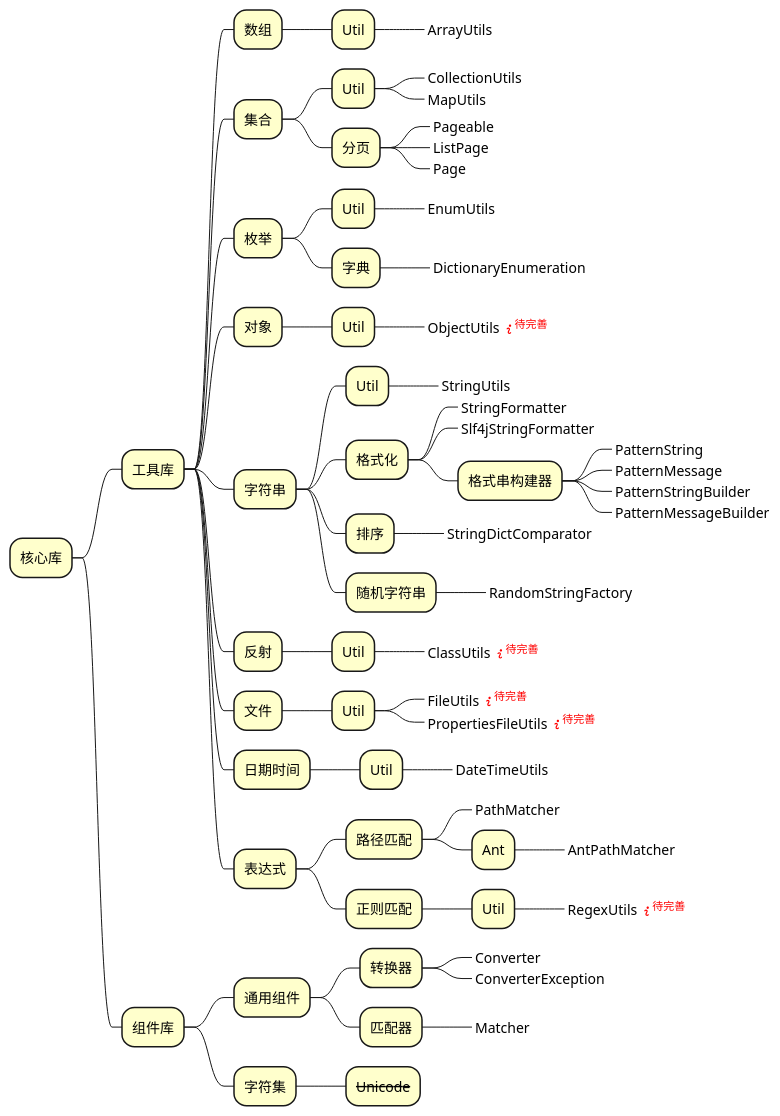
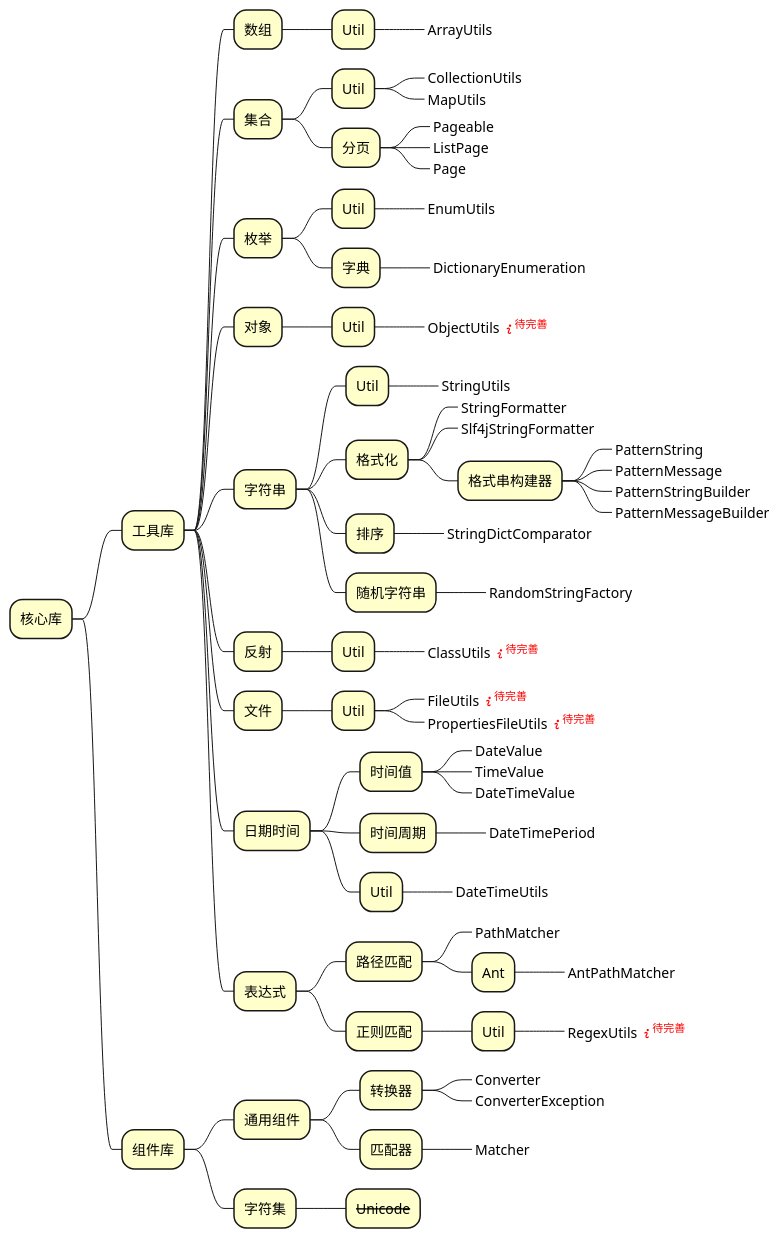
Before and after one commit to akudy/beehive-parent: the diagram in beehive-core/src/main/resources/design-thought/core-overview.puml, drawn with PlantUML. The commit also changed 100 other files, not shown here.

```diff
--- a/beehive-core/src/main/resources/design-thought/core-overview.puml
+++ b/beehive-core/src/main/resources/design-thought/core-overview.puml
@@ -1,86 +1,92 @@
 @startmindmap
 <style>
 mindmapDiagram {
     node {
         BackgroundColor #Business
     }
 }
 </style>
 * 核心库
 ** 工具库
 
 *** 数组
 **** Util
 *****_ ArrayUtils
 
 *** 集合
 **** Util
 *****_ CollectionUtils
 *****_ MapUtils
 **** 分页
 *****_ Pageable
 *****_ ListPage
 *****_ Page
 
 *** 枚举
 **** Util
 *****_ EnumUtils
 **** 字典
 *****_ DictionaryEnumeration
 
 *** 对象
 **** Util
 *****_ ObjectUtils <font color=red><&info><sup>待完善</sup></font>
 
 *** 字符串
 **** Util
 *****_ StringUtils
 **** 格式化
 *****_ StringFormatter
 *****_ Slf4jStringFormatter
 ***** 格式串构建器
 ******_ PatternString
 ******_ PatternMessage
 ******_ PatternStringBuilder
 ******_ PatternMessageBuilder
 **** 排序
 *****_ StringDictComparator
 **** 随机字符串
 *****_ RandomStringFactory
 
 *** 反射
 **** Util
 *****_ ClassUtils <font color=red><&info><sup>待完善</sup></font>
 
 *** 文件
 **** Util
 *****_ FileUtils <font color=red><&info><sup>待完善</sup></font>
 *****_ PropertiesFileUtils <font color=red><&info><sup>待完善</sup></font>
 
 
 *** 日期时间
+**** 时间值
+*****_ DateValue
+*****_ TimeValue
+*****_ DateTimeValue
+**** 时间周期
+*****_ DateTimePeriod
 **** Util
 *****_ DateTimeUtils
 
 *** 表达式
 **** 路径匹配
 *****_ PathMatcher
 ***** Ant
 ******_ AntPathMatcher
 **** 正则匹配
 ***** Util
 ******_ RegexUtils <font color=red><&info><sup>待完善</sup></font>
 
 ** 组件库
 *** 通用组件
 **** 转换器
 *****_ Converter
 *****_ ConverterException
 
 **** 匹配器
 *****_ Matcher
 
 *** 字符集
 **** <del>Unicode</del>
 
 @endmindmap
```
